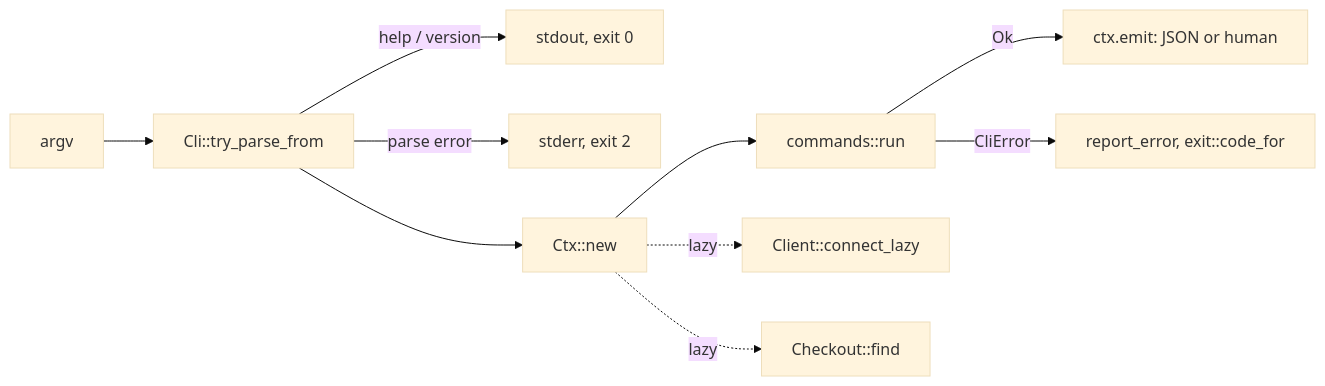
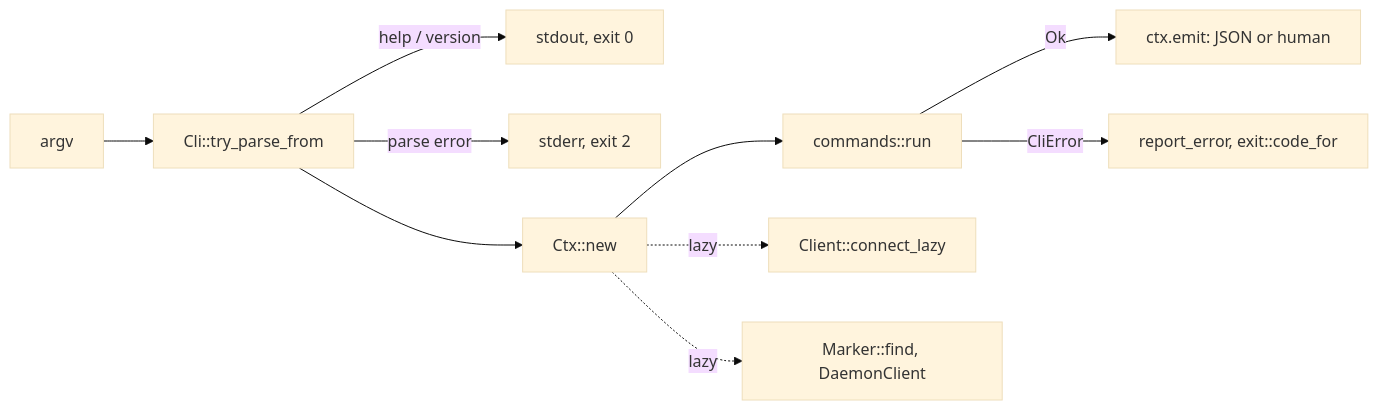
The diagram in architecture/08-clients/cli.md (envoy1084/rill), drawn with Mermaid (base theme) before and after one commit. The commit also changed other lines of this file and 64 other files, not shown here.

````diff
--- a/architecture/08-clients/cli.md
+++ b/architecture/08-clients/cli.md
@@ -11,12 +11,12 @@
 ```mermaid
 flowchart LR
     Args[argv] --> Clap[Cli::try_parse_from]
     Clap -->|help / version| Ok0[stdout, exit 0]
     Clap -->|parse error| E2[stderr, exit 2]
     Clap --> Ctx[Ctx::new]
     Ctx --> Run[commands::run]
     Run -->|Ok| Emit[ctx.emit: JSON or human]
     Run -->|CliError| Rep[report_error, exit::code_for]
     Ctx -.lazy.-> Client[Client::connect_lazy]
-    Ctx -.lazy.-> Co[Checkout::find]
+    Ctx -.lazy.-> Co[Marker::find, DaemonClient]
 ```
````
